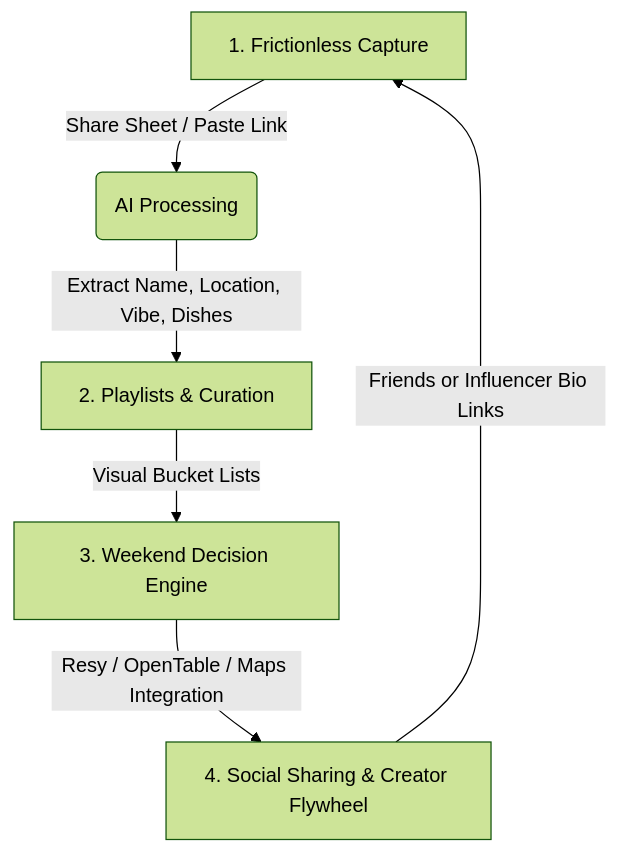
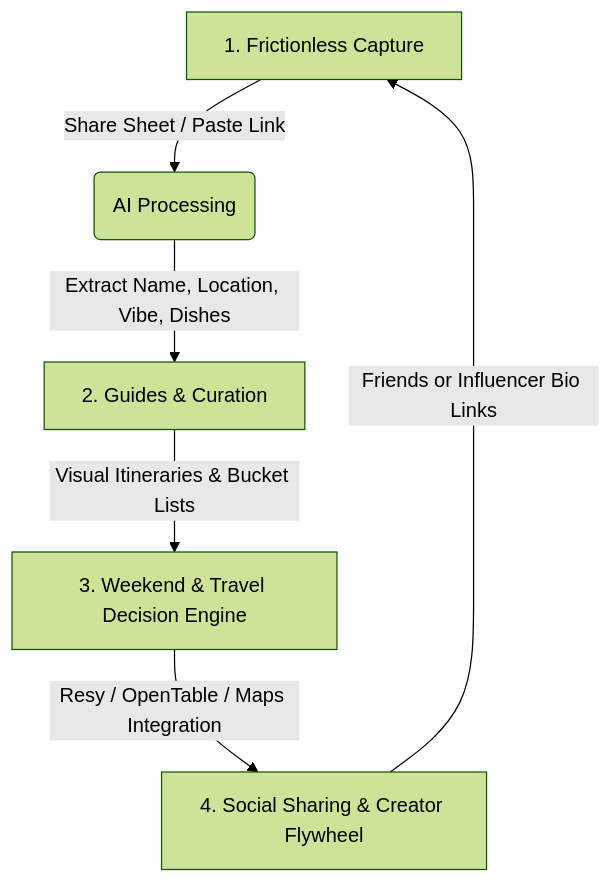
Before and after one commit to ledkhoa/crumbs: the diagram in docs/product_strategy.md, drawn with Mermaid (forest theme). The commit also changed other lines of this file and 6 other files, not shown here.

Commit message:
refactor: rename playlists to guides across API, routes, and docs

````diff
--- a/docs/product_strategy.md
+++ b/docs/product_strategy.md
@@ -23,8 +23,8 @@
 ```mermaid
 flowchart TD
     A[1. Frictionless Capture] -->|Share Sheet / Paste Link| B(AI Processing)
-    B -->|Extract Name, Location, Vibe, Dishes| C[2. Playlists & Curation]
-    C -->|Visual Bucket Lists| D[3. Weekend Decision Engine]
+    B -->|Extract Name, Location, Vibe, Dishes| C[2. Guides & Curation]
+    C -->|Visual Itineraries & Bucket Lists| D[3. Weekend & Travel Decision Engine]
     D -->|Resy / OpenTable / Maps Integration| E[4. Social Sharing & Creator Flywheel]
     E -->|Friends or Influencer Bio Links| A
 ```
````
